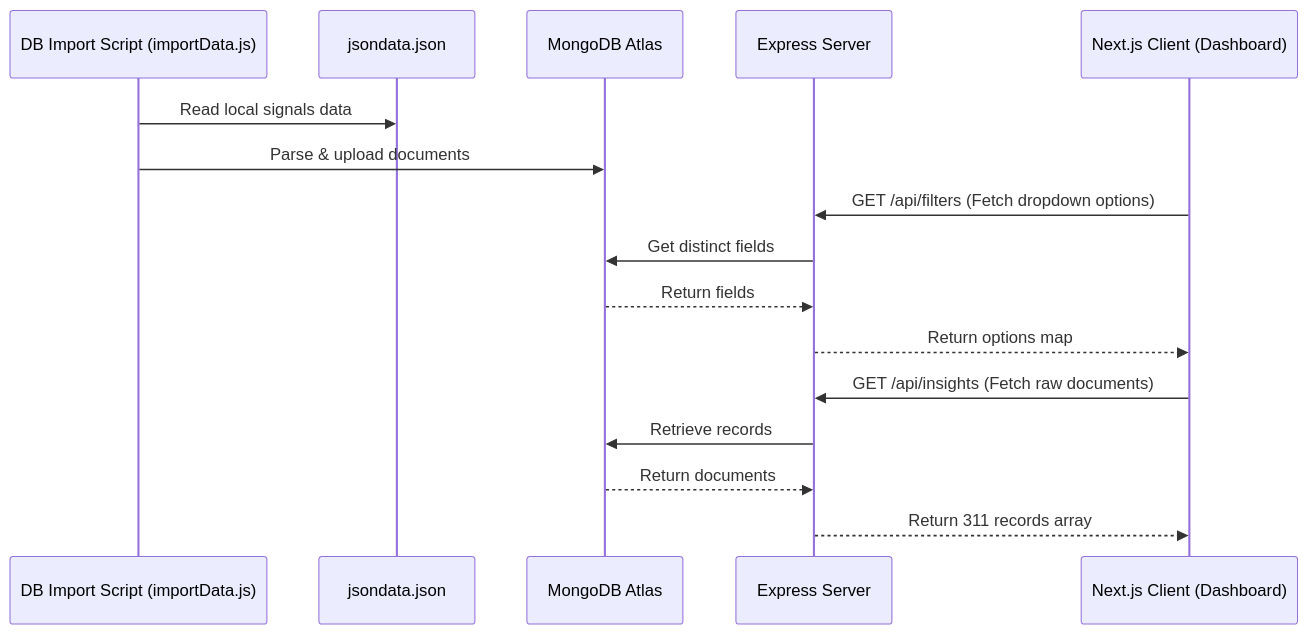
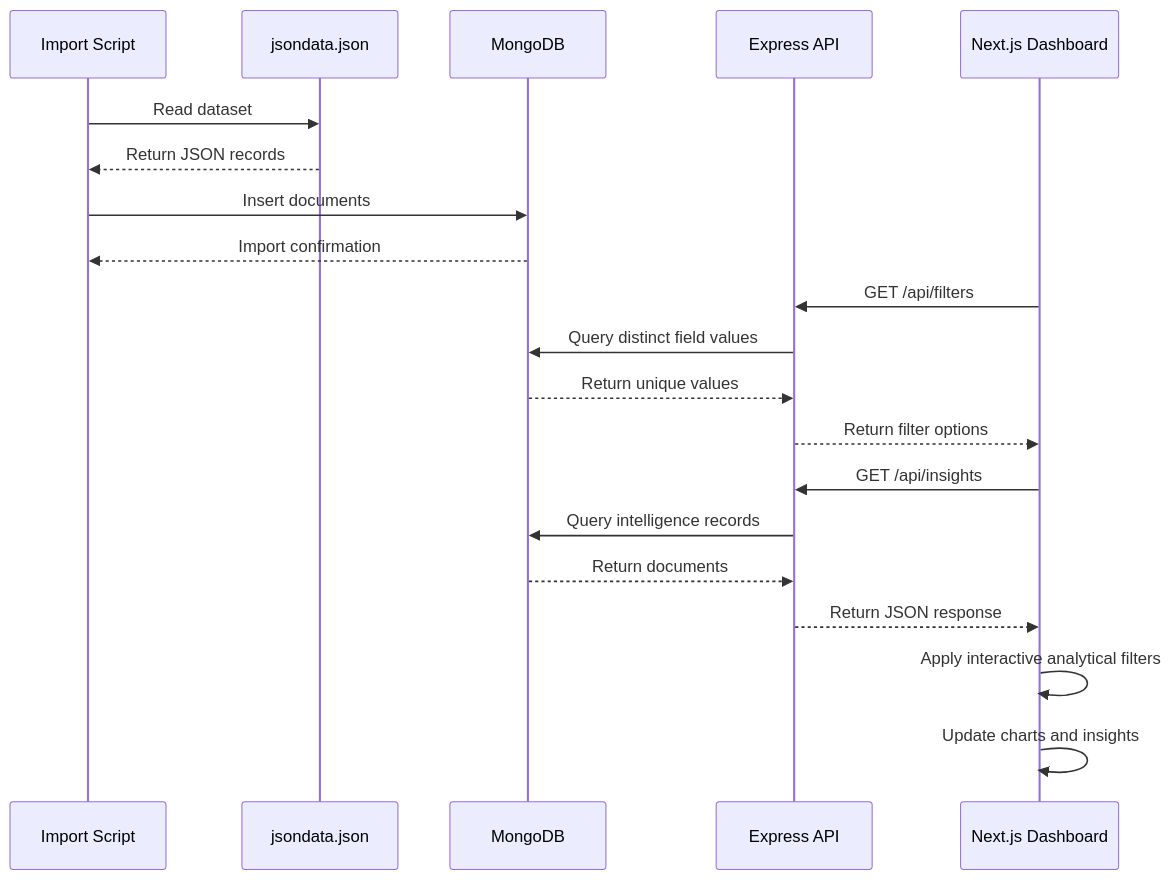
Before and after one commit to Tanmay24-ya/Visualization_Dashboard: the second of 2 diagrams in README.md, drawn with Mermaid. The commit also changed other lines of this file and 6 other files, not shown here.

````diff
--- a/README.md
+++ b/README.md
@@ -64,19 +774,27 @@
 ```mermaid
 sequenceDiagram
-    participant CLI as DB Import Script (importData.js)
+    participant CLI as Import Script
     participant JSON as jsondata.json
-    participant DB as MongoDB Atlas
-    participant Server as Express Server
-    participant UI as Next.js Client (Dashboard)
+    participant DB as MongoDB
+    participant API as Express API
+    participant UI as Next.js Dashboard
 
-    CLI->>JSON: Read local signals data
-    CLI->>DB: Parse & upload documents
-    UI->>Server: GET /api/filters (Fetch dropdown options)
-    Server->>DB: Get distinct fields
-    DB-->>Server: Return fields
-    Server-->>UI: Return options map
-    UI->>Server: GET /api/insights (Fetch raw documents)
-    Server->>DB: Retrieve records
-    DB-->>Server: Return documents
-    Server-->>UI: Return 311 records array
+    CLI->>JSON: Read dataset
+    JSON-->>CLI: Return JSON records
+
+    CLI->>DB: Insert documents
+    DB-->>CLI: Import confirmation
+
+    UI->>API: GET /api/filters
+    API->>DB: Query distinct field values
+    DB-->>API: Return unique values
+    API-->>UI: Return filter options
+
+    UI->>API: GET /api/insights
+    API->>DB: Query intelligence records
+    DB-->>API: Return documents
+    API-->>UI: Return JSON response
+
+    UI->>UI: Apply interactive analytical filters
+    UI->>UI: Update charts and insights
 ```
````
